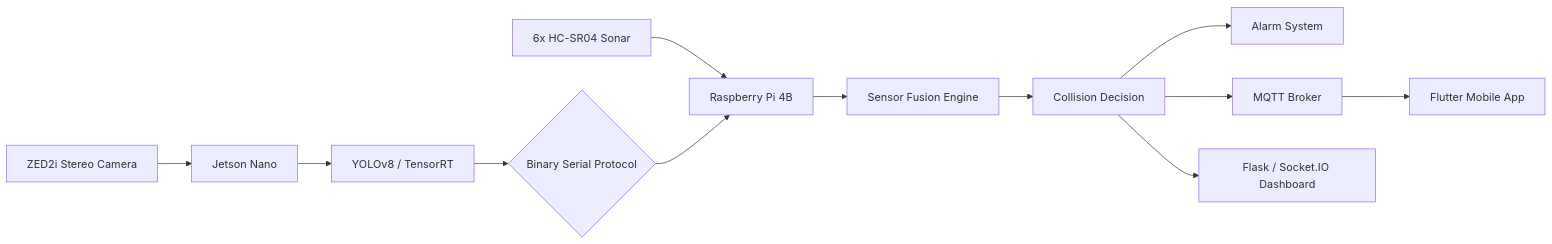
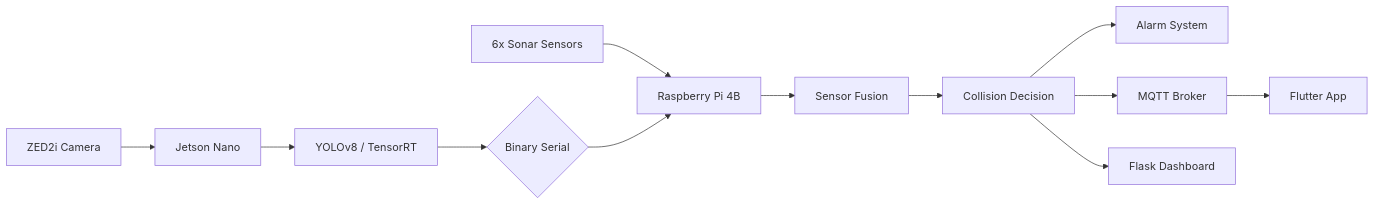
One commit to dawarazhar11/dawarazhar11 changed the fifth of 7 diagrams in README.md. Above: the diagram before and after it, drawn with Mermaid. The commit also changed other lines of this file, not shown here.

````diff
--- a/README.md
+++ b/README.md
@@ -266,14 +176,14 @@
 ```mermaid
 graph LR
-    A["ZED2i Stereo Camera"] --> B["Jetson Nano"]
+    A["ZED2i Camera"] --> B["Jetson Nano"]
     B --> C["YOLOv8 / TensorRT"]
-    C --> D{"Binary Serial Protocol"}
-    E["6x HC-SR04 Sonar"] --> F["Raspberry Pi 4B"]
+    C --> D{"Binary Serial"}
+    E["6x Sonar Sensors"] --> F["Raspberry Pi 4B"]
     D --> F
-    F --> G["Sensor Fusion Engine"]
+    F --> G["Sensor Fusion"]
     G --> H["Collision Decision"]
     H --> I["Alarm System"]
     H --> J["MQTT Broker"]
-    J --> K["Flutter Mobile App"]
-    H --> L["Flask / Socket.IO Dashboard"]
+    J --> K["Flutter App"]
+    H --> L["Flask Dashboard"]
 ```
````
